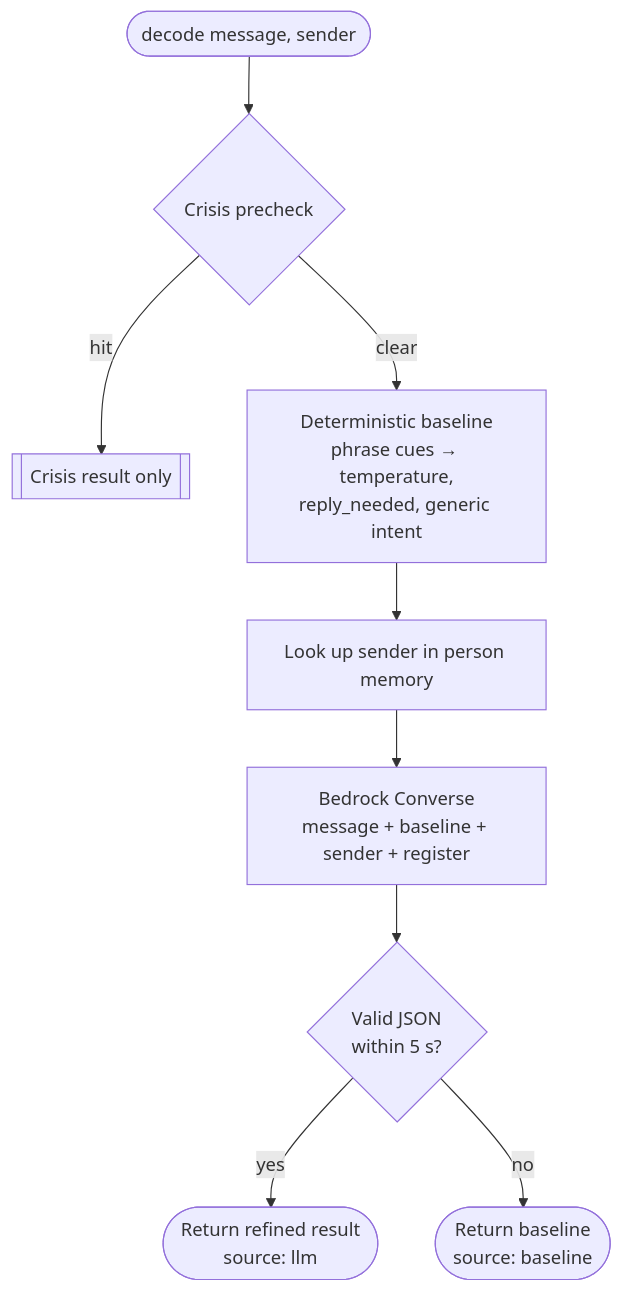
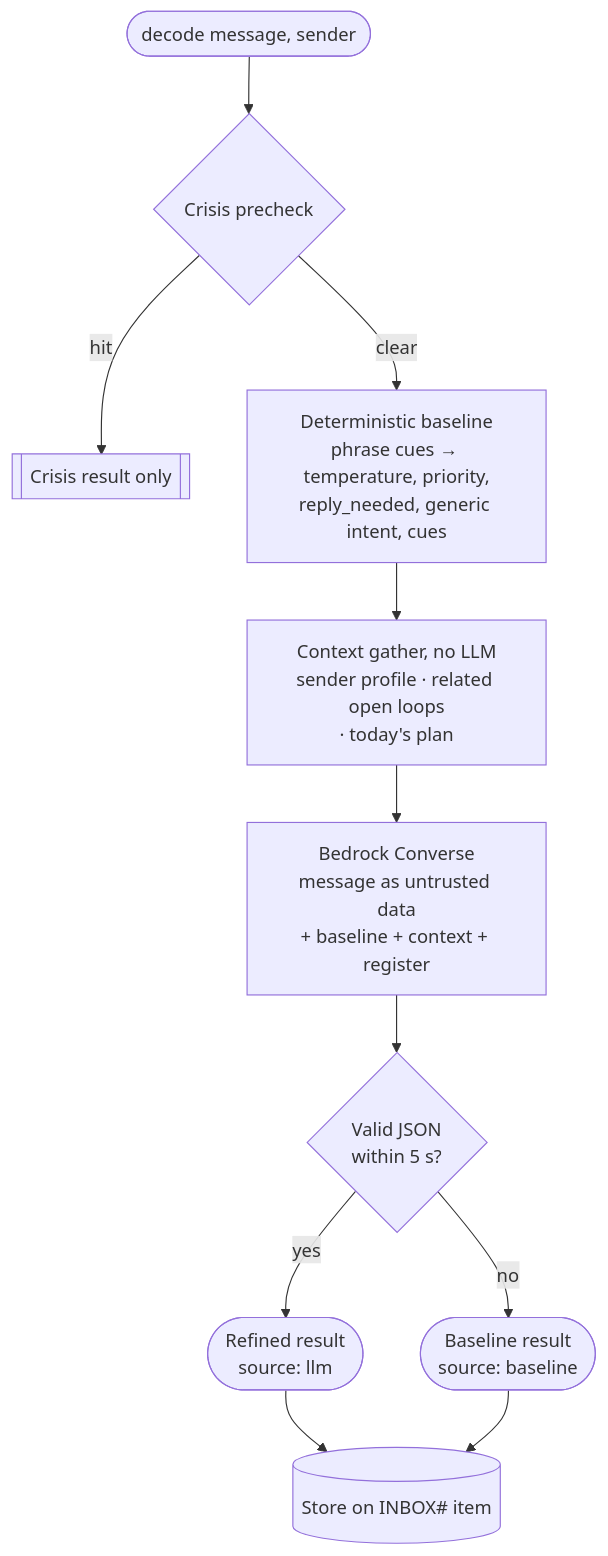
One commit to navinrc/NeuroCare changed the third of 10 diagrams in docs/spec.md. Above: the diagram before and after it, drawn with Mermaid. The commit also changed other lines of this file and 2 other files, not shown here.

````diff
--- a/docs/spec.md
+++ b/docs/spec.md
@@ -279,11 +298,13 @@
 ```mermaid
 flowchart TD
     IN([decode message, sender]) --> CR{Crisis precheck}
     CR -- hit --> CRISIS[[Crisis result only]]
-    CR -- clear --> BASE[Deterministic baseline<br/>phrase cues → temperature,<br/>reply_needed, generic intent]
-    BASE --> SEND[Look up sender in person memory]
-    SEND --> LLM[Bedrock Converse<br/>message + baseline + sender + register]
+    CR -- clear --> BASE[Deterministic baseline<br/>phrase cues → temperature, priority,<br/>reply_needed, generic intent, cues]
+    BASE --> CTX[Context gather, no LLM<br/>sender profile · related open loops<br/>· today's plan]
+    CTX --> LLM[Bedrock Converse<br/>message as untrusted data<br/>+ baseline + context + register]
     LLM --> OK{Valid JSON<br/>within 5 s?}
-    OK -- yes --> R1([Return refined result<br/>source: llm])
-    OK -- no --> R2([Return baseline<br/>source: baseline])
+    OK -- yes --> R1([Refined result<br/>source: llm])
+    OK -- no --> R2([Baseline result<br/>source: baseline])
+    R1 --> ST[(Store on INBOX# item)]
+    R2 --> ST
 ```
````
